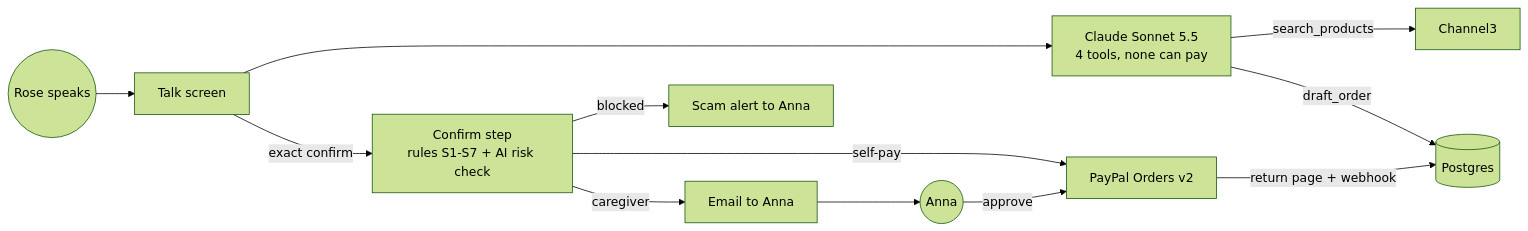
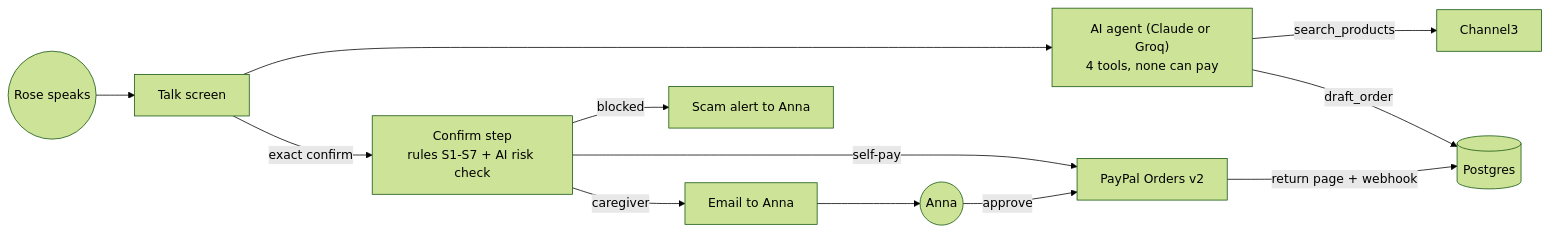
Before and after one commit to hiteshfirke/carecart: the diagram in README.md, drawn with Mermaid (forest theme). The commit also changed other lines of this file and 2 other files, not shown here.

````diff
--- a/README.md
+++ b/README.md
@@ -39,13 +39,13 @@
 ```mermaid
 flowchart LR
   Rose((Rose speaks)) --> Talk[Talk screen]
-  Talk --> Agent["Claude Sonnet 5.5<br/>4 tools, none can pay"]
+  Talk --> Agent["AI agent (Claude or Groq)<br/>4 tools, none can pay"]
   Agent -- search_products --> C3[Channel3]
   Agent -- draft_order --> DB[(Postgres)]
   Talk -- "exact confirm" --> Confirm["Confirm step<br/>rules S1-S7 + AI risk check"]
   Confirm -- self-pay --> PP[PayPal Orders v2]
   Confirm -- caregiver --> Email[Email to Anna]
   Confirm -- blocked --> Alert[Scam alert to Anna]
   Email --> Anna((Anna)) -- approve --> PP
   PP -- "return page + webhook" --> DB
 ```
````
